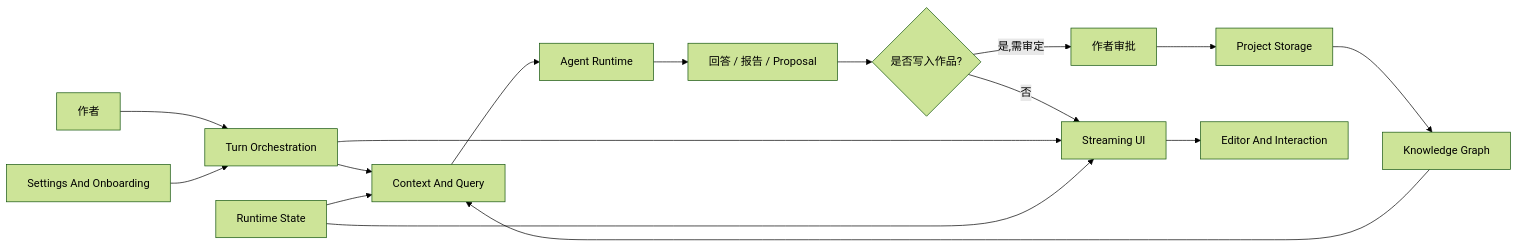
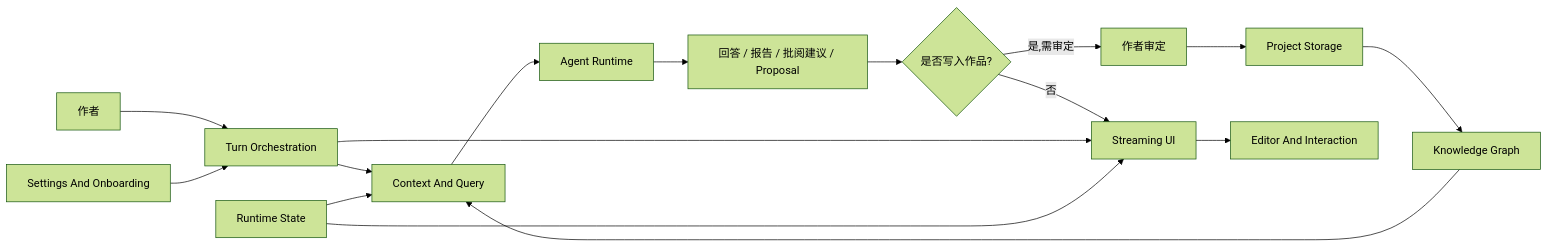
One commit to jinhuang712/open-novel changed the first of 3 diagrams in spec/S00-system-contract.md. Above: the diagram before and after it, drawn with Mermaid (forest theme). The commit also changed other lines of this file and 18 other files, not shown here.

````diff
--- a/spec/S00-system-contract.md
+++ b/spec/S00-system-contract.md
@@ -11,18 +11,18 @@
 ```mermaid
 flowchart LR
   Author[作者] --> Turn[Turn Orchestration]
   Turn --> Context[Context And Query]
   Context --> Agent[Agent Runtime]
-  Agent --> Draft[回答 / 报告 / Proposal]
+  Agent --> Draft[回答 / 报告 / 批阅建议 / Proposal]
   Draft --> Approval{是否写入作品?}
   Approval -->|否| Stream[Streaming UI]
-  Approval -->|是,需审定| Decision[作者审批]
+  Approval -->|是,需审定| Decision[作者审定]
   Decision --> Storage[Project Storage]
   Storage --> KG[Knowledge Graph]
   KG --> Context
   Turn --> Stream
   Stream --> Editor[Editor And Interaction]
   Settings[Settings And Onboarding] --> Turn
   Runtime[Runtime State] --> Context
   Runtime --> Stream
 ```
````
